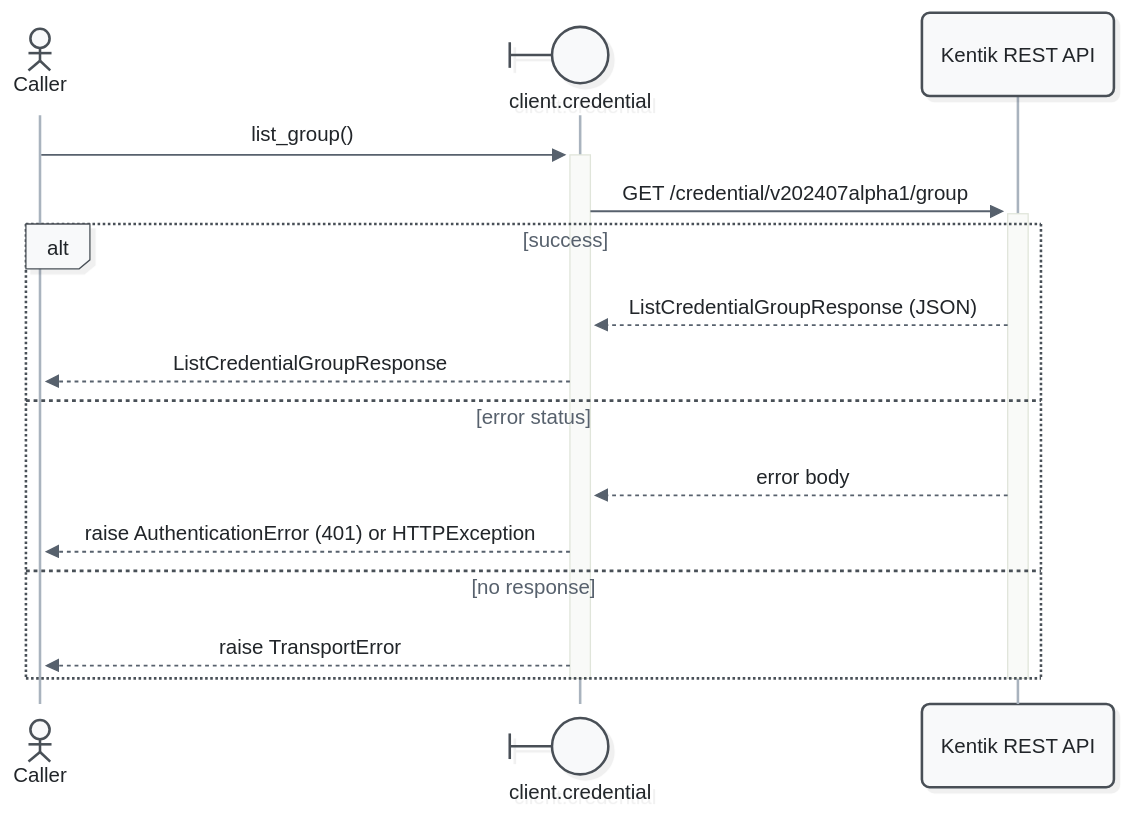
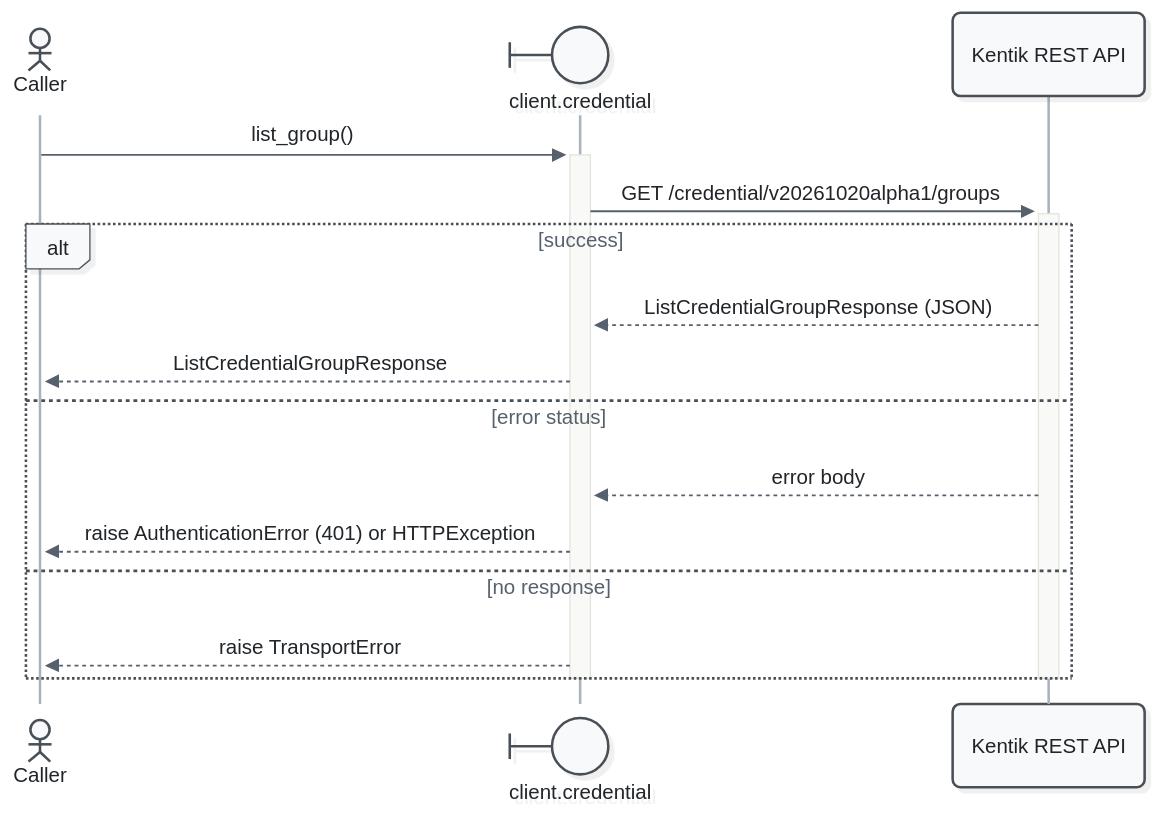
One commit to alexdearaujo/community_sdk_python changed the ninth of 21 diagrams in docs/sphinx/services/credential.md. Above: the diagram before and after it, drawn with Mermaid. The commit also changed other lines of this file and 160 other files, not shown here.

First line of the commit message:
chore: sync schema to 5d1d2fa

````diff
--- a/docs/sphinx/services/credential.md
+++ b/docs/sphinx/services/credential.md
@@ -33,21 +364,21 @@
 ```mermaid
 %%{init: {"theme": "redux", "look": "neo", "layout": "elk", "fontFamily": "ui-monospace, SFMono-Regular, Menlo, monospace", "themeVariables": {"fontFamily": "ui-monospace, SFMono-Regular, Menlo, monospace", "primaryColor": "#f8f9fa", "primaryBorderColor": "#495057", "primaryTextColor": "#212529", "textColor": "#212529", "lineColor": "#77818c", "edgeLabelBackground": "#ffffff", "actorBkg": "#f8f9fa", "actorBorder": "#495057", "actorTextColor": "#212529", "actorLineColor": "#a9b3be", "signalColor": "#57616d", "signalTextColor": "#212529", "labelBoxBkgColor": "#f8f9fa", "labelBoxBorderColor": "#495057", "labelTextColor": "#212529", "loopTextColor": "#57616d", "noteBkgColor": "#fff9db", "noteBorderColor": "#f08c00", "noteTextColor": "#a35a00"}, "sequence": {"activationWidth": 16}, "flowchart": {"curve": "basis", "nodeSpacing": 30, "rankSpacing": 70, "wrappingWidth": 400}}}%%
 sequenceDiagram
     actor C as Caller
     participant W@{ "type": "boundary" } as client.credential
     participant API as Kentik REST API
 
     C->>+W: list_group()
-    W->>+API: GET /credential/v202407alpha1/group
+    W->>+API: GET /credential/v20261020alpha1/groups
     alt success
         API-->>W: ListCredentialGroupResponse (JSON)
         W-->>C: ListCredentialGroupResponse
     else error status
         API-->>W: error body
         W-->>C: raise AuthenticationError (401) or HTTPException
     else no response
         W-->>C: raise TransportError
     end
     deactivate API
     deactivate W
 ```
````
